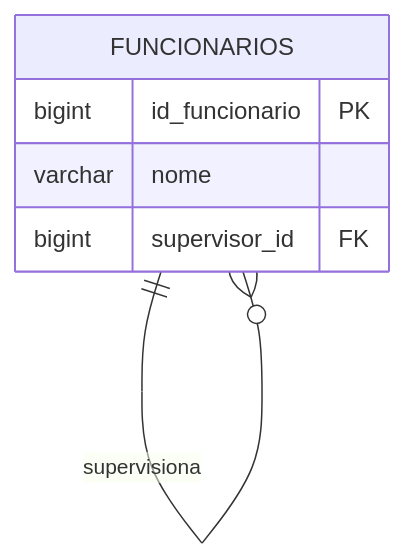
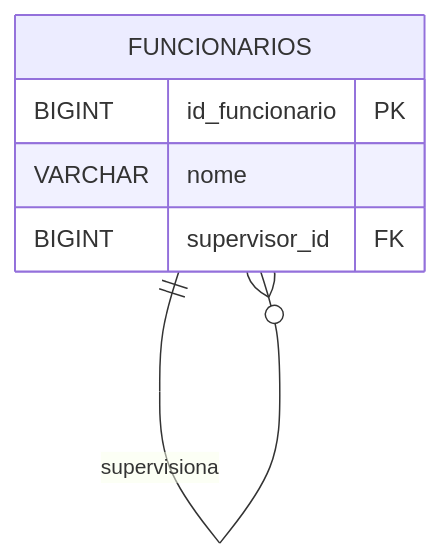
Before and after one commit to DSM-Fatec-Jahu/BDR-DSM-2026-2: the third of 20 diagrams in docs/aulas/Aula_01_Revisao_Modelagem_Conceitual.md, drawn with Mermaid. The commit also changed other lines of this file and 2 other files, not shown here.

First line of the commit message:
Padroniza tipos SQL em MAIÚSCULAS nos diagramas (Regra 3)

````diff
--- a/docs/aulas/Aula_01_Revisao_Modelagem_Conceitual.md
+++ b/docs/aulas/Aula_01_Revisao_Modelagem_Conceitual.md
@@ -201,9 +201,9 @@
 ```mermaid
 erDiagram
     FUNCIONARIOS {
-        bigint id_funcionario PK
-        varchar nome
-        bigint supervisor_id FK
+        BIGINT id_funcionario PK
+        VARCHAR nome
+        BIGINT supervisor_id FK
     }
     FUNCIONARIOS ||--o{ FUNCIONARIOS : "supervisiona"
 ```
````
